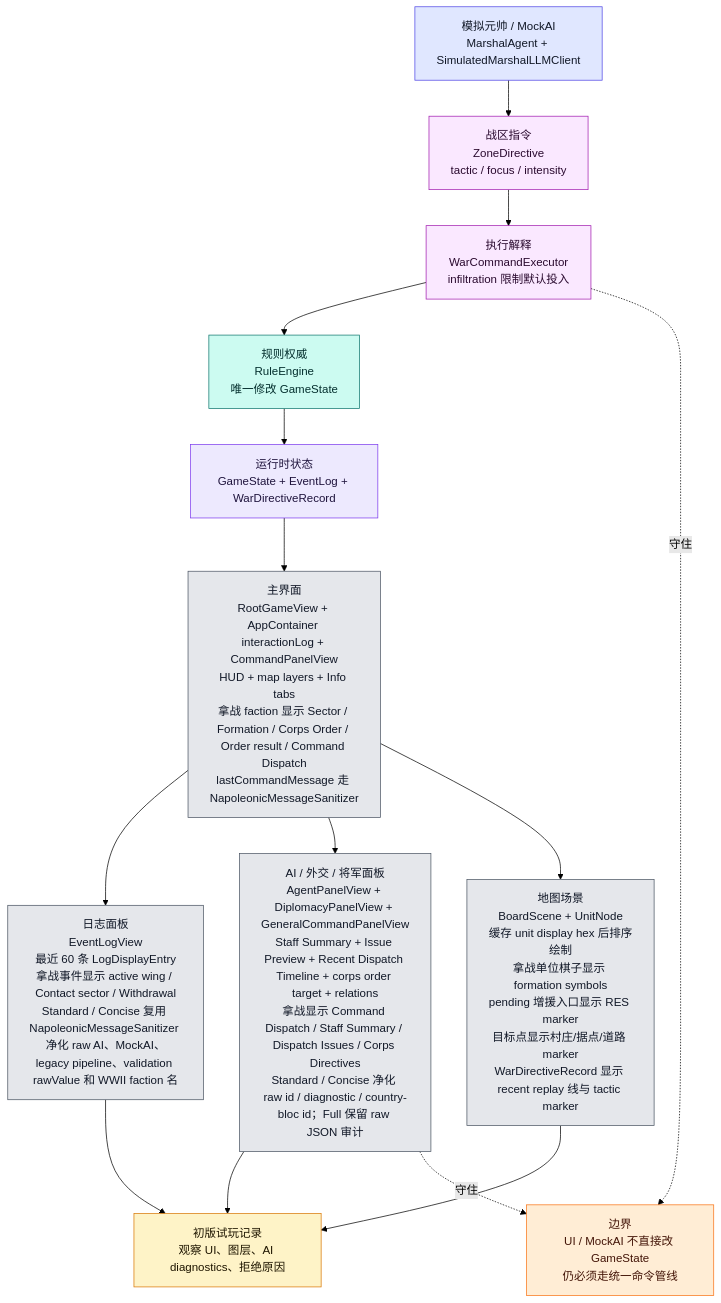
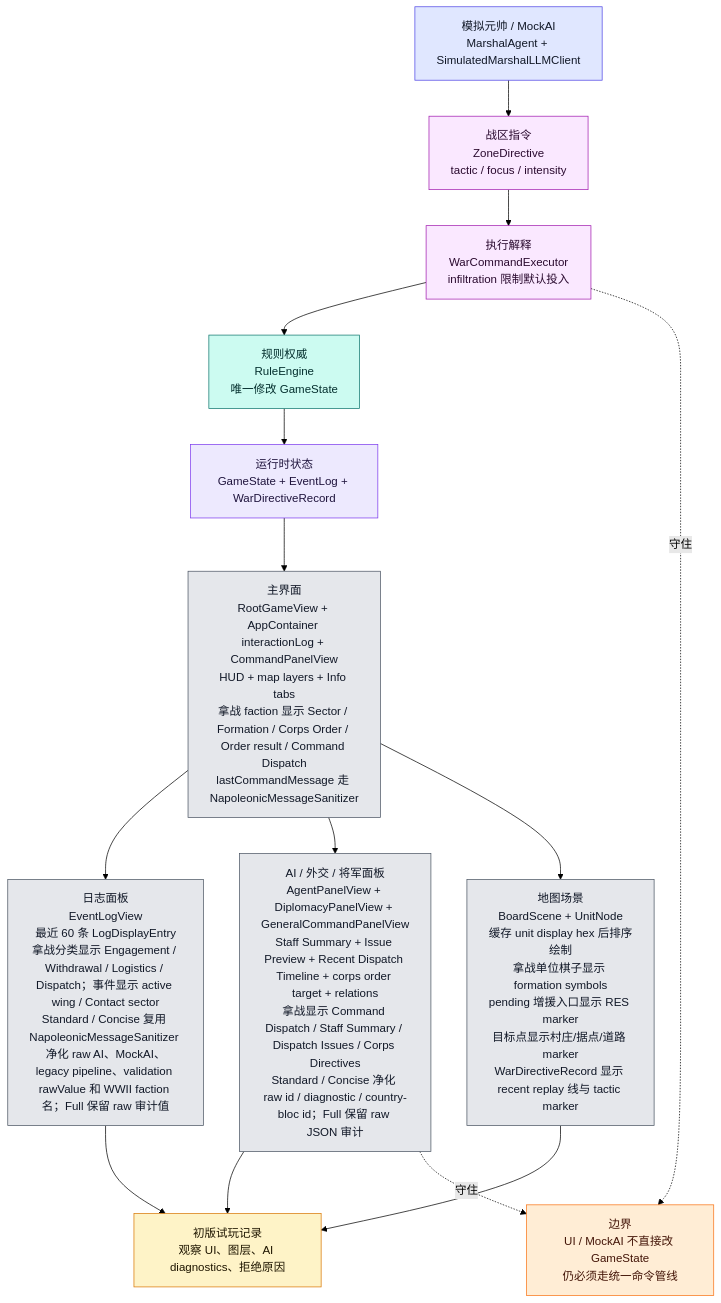
The eighth of 9 diagrams in md/flow/flowchart.md (Altman-sam114/122), drawn with Mermaid (forest theme) before and after one commit. The commit also changed other lines of this file and 8 other files, not shown here.

````diff
--- a/md/flow/flowchart.md
+++ b/md/flow/flowchart.md
@@ -430,34 +430,34 @@
 ```mermaid
 flowchart TD
     STATE["运行时状态<br/>GameState + EventLog + WarDirectiveRecord"]:::state
     ROOT["主界面<br/>RootGameView + AppContainer interactionLog + CommandPanelView<br/>HUD + map layers + Info tabs<br/>拿战 faction 显示 Sector / Formation / Corps Order / Order result / Command Dispatch<br/>lastCommandMessage 走 NapoleonicMessageSanitizer"]:::ui
-    LOG["日志面板<br/>EventLogView<br/>最近 60 条 LogDisplayEntry<br/>拿战事件显示 active wing / Contact sector / Withdrawal<br/>Standard / Concise 复用 NapoleonicMessageSanitizer 净化 raw AI、MockAI、legacy pipeline、validation rawValue 和 WWII faction 名"]:::ui
+    LOG["日志面板<br/>EventLogView<br/>最近 60 条 LogDisplayEntry<br/>拿战分类显示 Engagement / Withdrawal / Logistics / Dispatch；事件显示 active wing / Contact sector<br/>Standard / Concise 复用 NapoleonicMessageSanitizer 净化 raw AI、MockAI、legacy pipeline、validation rawValue 和 WWII faction 名；Full 保留 raw 审计值"]:::ui
     AIUI["AI / 外交 / 将军面板<br/>AgentPanelView + DiplomacyPanelView + GeneralCommandPanelView<br/>Staff Summary + Issue Preview + Recent Dispatch Timeline + corps order target + relations<br/>拿战显示 Command Dispatch / Staff Summary / Dispatch Issues / Corps Directives<br/>Standard / Concise 净化 raw id / diagnostic / country-bloc id；Full 保留 raw JSON 审计"]:::ui
     BOARD["地图场景<br/>BoardScene + UnitNode<br/>缓存 unit display hex 后排序绘制<br/>拿战单位棋子显示 formation symbols<br/>pending 增援入口显示 RES marker<br/>目标点显示村庄/据点/道路 marker<br/>WarDirectiveRecord 显示 recent replay 线与 tactic marker"]:::ui
     MARSHAL["模拟元帅 / MockAI<br/>MarshalAgent + SimulatedMarshalLLMClient"]:::ai
     ZD["战区指令<br/>ZoneDirective<br/>tactic / focus / intensity"]:::command
     WCE["执行解释<br/>WarCommandExecutor<br/>infiltration 限制默认投入"]:::command
     RULE["规则权威<br/>RuleEngine<br/>唯一修改 GameState"]:::rules
     PLAYTEST["初版试玩记录<br/>观察 UI、图层、AI diagnostics、拒绝原因"]:::doc
 
     STATE --> ROOT
     ROOT --> LOG
     ROOT --> AIUI
     ROOT --> BOARD
     MARSHAL --> ZD --> WCE --> RULE --> STATE
     AIUI --> PLAYTEST
     LOG --> PLAYTEST
     BOARD --> PLAYTEST
 
     WARN["边界<br/>UI / MockAI 不直接改 GameState<br/>仍必须走统一命令管线"]:::warn
     AIUI -.守住.-> WARN
     WCE -.守住.-> WARN
 
     classDef state fill:#ede9fe,stroke:#7c3aed,color:#1f143d
     classDef ui fill:#e5e7eb,stroke:#4b5563,color:#111827
     classDef ai fill:#e0e7ff,stroke:#4f46e5,color:#111827
     classDef command fill:#fae8ff,stroke:#a21caf,color:#2a0a2f
     classDef rules fill:#ccfbf1,stroke:#0f766e,color:#042f2e
     classDef doc fill:#fef3c7,stroke:#d97706,color:#1f1600
     classDef warn fill:#ffedd5,stroke:#f97316,color:#431407
 ```
````
